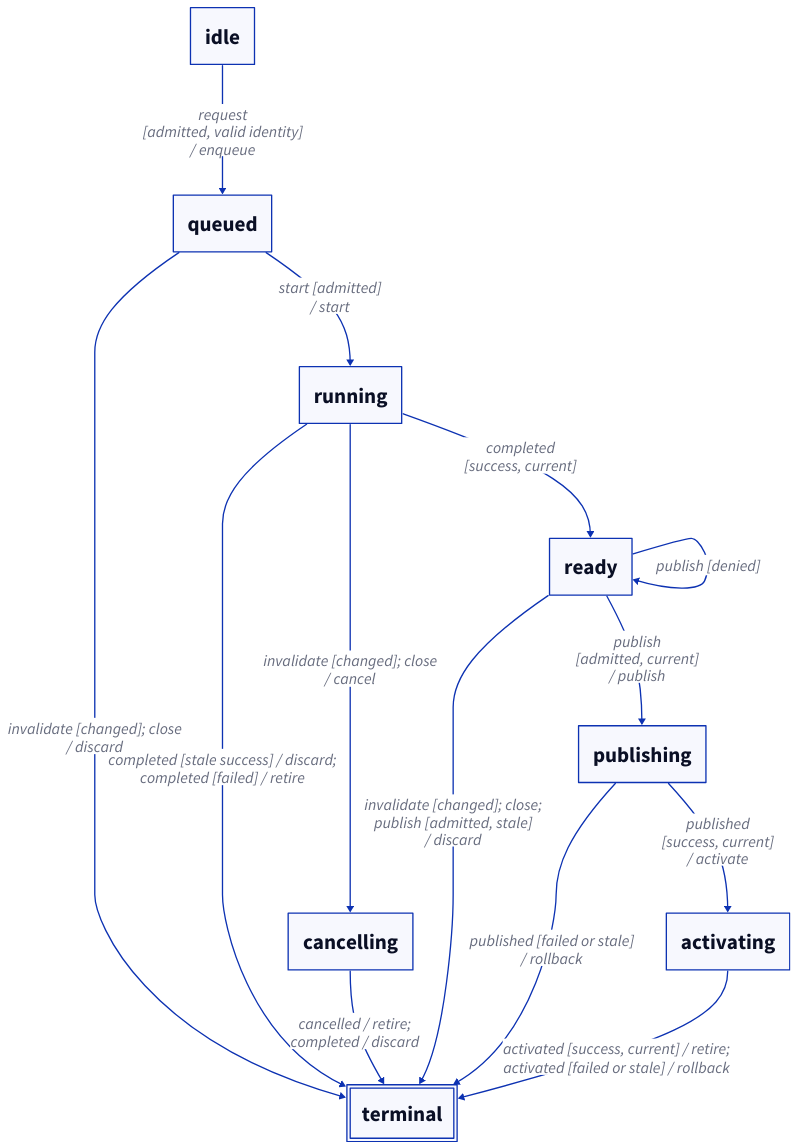
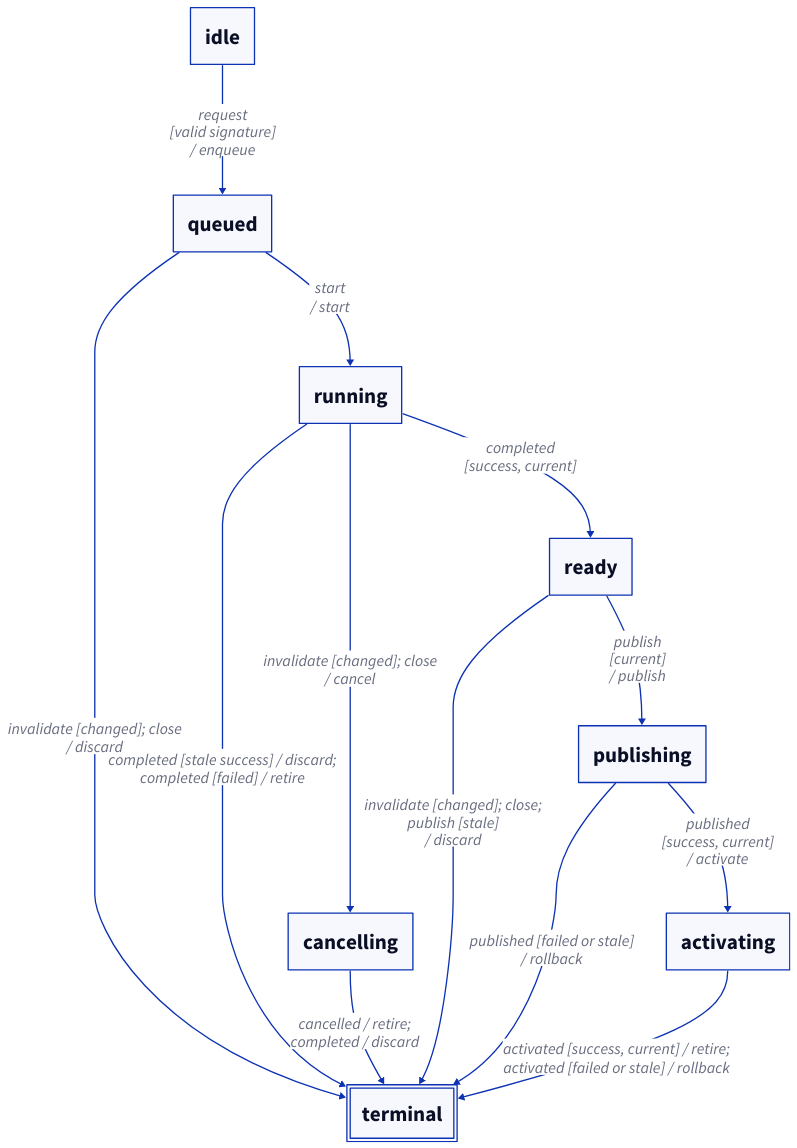
The diagram in products/perceptual-grade-book/docs/book/diagrams/09-bake.d2 (rei277hz/chromaticity), drawn with D2 before and after one commit. The commit also changed 103 other files, not shown here.

```diff
--- a/products/perceptual-grade-book/docs/book/diagrams/09-bake.d2
+++ b/products/perceptual-grade-book/docs/book/diagrams/09-bake.d2
@@ -1,29 +1,28 @@
 direction: down
 
 idle: "idle"
 queued: "queued"
 running: "running"
 cancelling: "cancelling"
 ready: "ready"
 publishing: "publishing"
 activating: "activating"
 terminal: "terminal" {
   style.double-border: true
 }
 
-idle -> queued: "request\n[admitted, valid identity]\n/ enqueue"
-queued -> running: "start [admitted]\n/ start"
+idle -> queued: "request\n[valid signature]\n/ enqueue"
+queued -> running: "start\n/ start"
 queued -> terminal: "invalidate [changed]; close\n/ discard"
 running -> ready: "completed\n[success, current]"
 running -> terminal: "completed [stale success] / discard;\ncompleted [failed] / retire"
 running -> cancelling: "invalidate [changed]; close\n/ cancel"
 cancelling -> terminal: "cancelled / retire;\ncompleted / discard"
-ready -> ready: "publish [denied]"
-ready -> terminal: "invalidate [changed]; close;\npublish [admitted, stale]\n/ discard"
-ready -> publishing: "publish\n[admitted, current]\n/ publish"
+ready -> terminal: "invalidate [changed]; close;\npublish [stale]\n/ discard"
+ready -> publishing: "publish\n[current]\n/ publish"
 publishing -> activating: "published\n[success, current]\n/ activate"
 publishing -> terminal: "published [failed or stale]\n/ rollback"
 activating -> terminal: "activated [success, current] / retire;\nactivated [failed or stale] / rollback"
 
 **.style.font-size: 32
 (** -> **)[*].style.font-size: 24
```
